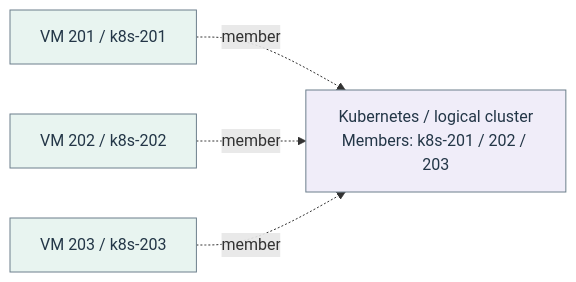
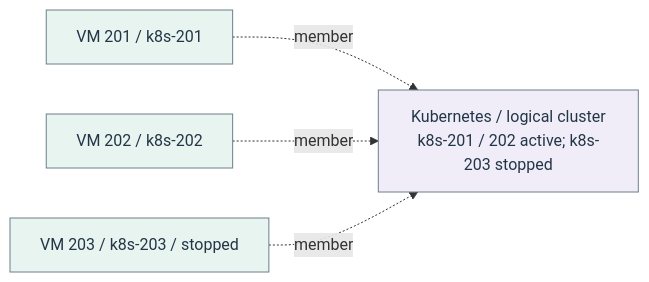
The diagram in docs/architecture/flow-8.mmd (Harsh-2002/Homelab), drawn with Mermaid before and after one commit. The commit also changed 49 other files, not shown here.

```diff
--- a/docs/architecture/flow-8.mmd
+++ b/docs/architecture/flow-8.mmd
@@ -1,12 +1,12 @@
 flowchart LR
-  n_flow_8_0["Kubernetes / logical cluster<br/>Members: k8s-201 / 202 / 203"]
+  n_flow_8_0["Kubernetes / logical cluster<br/>k8s-201 / 202 active; k8s-203 stopped"]
   n_flow_8_1["VM 201 / k8s-201"]
   n_flow_8_2["VM 202 / k8s-202"]
-  n_flow_8_3["VM 203 / k8s-203"]
+  n_flow_8_3["VM 203 / k8s-203 / stopped"]
   n_flow_8_1 -.->|"member"| n_flow_8_0
   n_flow_8_2 -.->|"member"| n_flow_8_0
   n_flow_8_3 -.->|"member"| n_flow_8_0
   classDef c_flow_8_0 fill:#f0edf9,stroke:#6c7f8c,color:#233647;
   class n_flow_8_0 c_flow_8_0;
   classDef c_flow_8_1 fill:#e8f4f0,stroke:#6c7f8c,color:#233647;
   class n_flow_8_1,n_flow_8_2,n_flow_8_3 c_flow_8_1;
```
